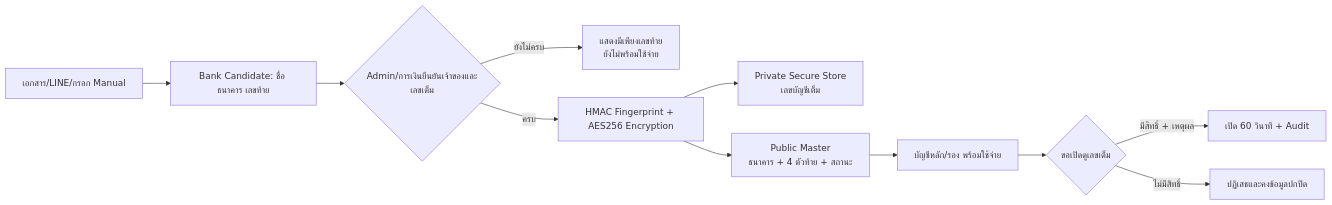
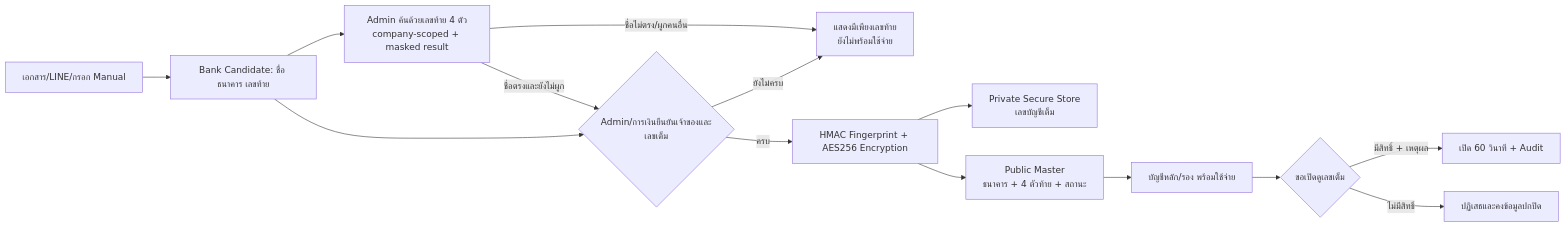
One commit to paramonjong-afk/WisdomAI changed the first of 16 diagrams in docs/WORKFORCE_BACKBONE_FLOW.md. Above: the diagram before and after it, drawn with Mermaid. The commit also changed other lines of this file and 5 other files, not shown here.

````diff
--- a/docs/WORKFORCE_BACKBONE_FLOW.md
+++ b/docs/WORKFORCE_BACKBONE_FLOW.md
@@ -5,13 +5,16 @@
 ```mermaid
 flowchart LR
   A[เอกสาร/LINE/กรอก Manual] --> B[Bank Candidate: ชื่อ ธนาคาร เลขท้าย]
+  B --> B1[Admin ค้นด้วยเลขท้าย 4 ตัว\ncompany-scoped + masked result]
+  B1 -->|ชื่อตรงและยังไม่ผูก| C
+  B1 -->|ชื่อไม่ตรง/ผูกคนอื่น| D
   B --> C{Admin/การเงินยืนยันเจ้าของและเลขเต็ม}
   C -->|ยังไม่ครบ| D[แสดงมีเพียงเลขท้าย\nยังไม่พร้อมใช้จ่าย]
   C -->|ครบ| E[HMAC Fingerprint + AES256 Encryption]
   E --> F[Private Secure Store\nเลขบัญชีเต็ม]
   E --> G[Public Master\nธนาคาร + 4 ตัวท้าย + สถานะ]
   G --> H[บัญชีหลัก/รอง พร้อมใช้จ่าย]
   H --> I{ขอเปิดดูเลขเต็ม}
   I -->|มีสิทธิ์ + เหตุผล| J[เปิด 60 วินาที + Audit]
   I -->|ไม่มีสิทธิ์| K[ปฏิเสธและคงข้อมูลปกปิด]
 ```
````
